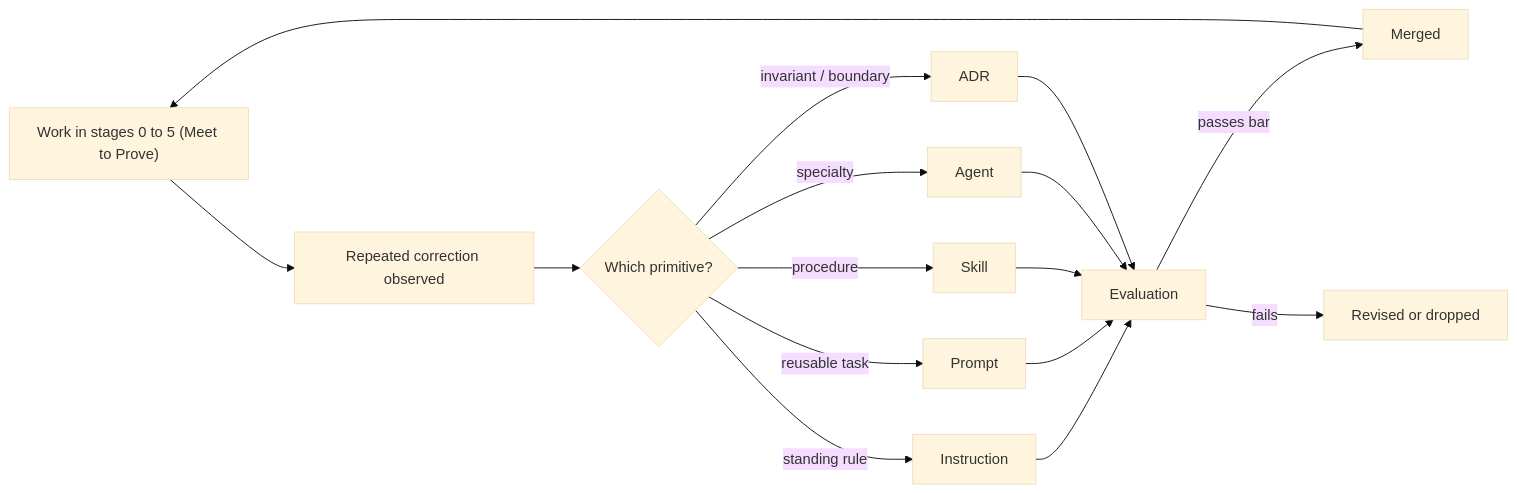
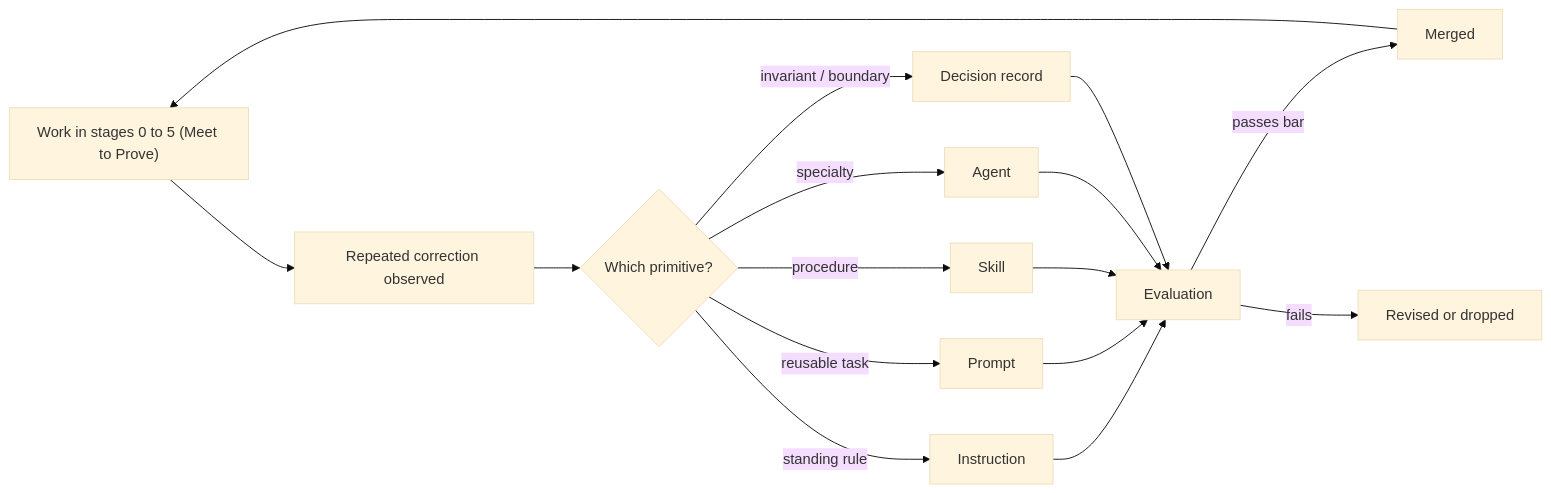
One commit to ALTEN-group/agentic-software-factory changed the second of 2 diagrams in website/docs/guide/persistent-context.md. Above: the diagram before and after it, drawn with Mermaid (base theme). The commit also changed other lines of this file and 29 other files, not shown here.

````diff
--- a/website/docs/guide/persistent-context.md
+++ b/website/docs/guide/persistent-context.md
@@ -133,22 +144,22 @@
 ```mermaid
 ---
 caption: How Persistent Context is maintained
 ---
 
 flowchart LR
   work["Work in stages 0 to 5 (Meet to Prove)"] --> corr[Repeated correction observed]
   corr --> decide{Which primitive?}
   decide -->|standing rule| inst[Instruction]
   decide -->|reusable task| prompt[Prompt]
   decide -->|procedure| skill[Skill]
   decide -->|specialty| agent[Agent]
-  decide -->|invariant / boundary| adr[ADR]
+  decide -->|invariant / boundary| adr[Decision record]
   inst --> eval[Evaluation]
   prompt --> eval
   skill --> eval
   agent --> eval
   adr --> eval
   eval -->|passes bar| merge[Merged]
   eval -->|fails| back[Revised or dropped]
   merge --> work
 ```
````
